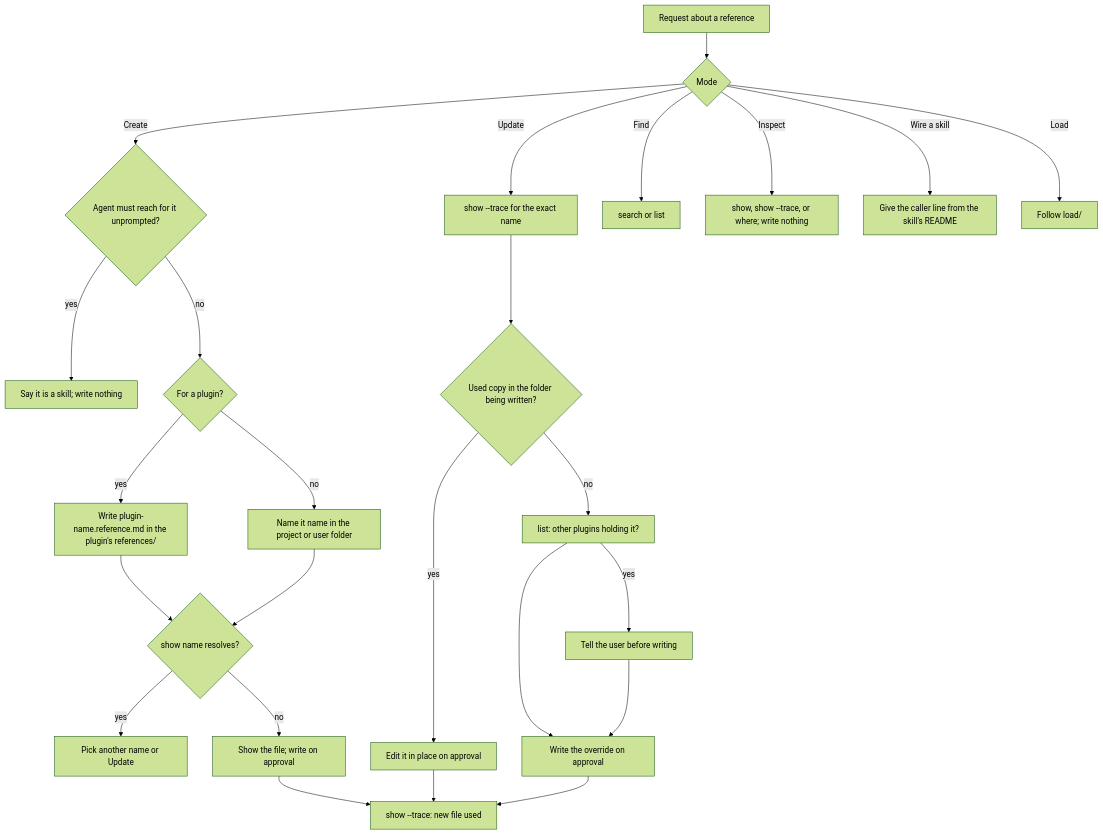
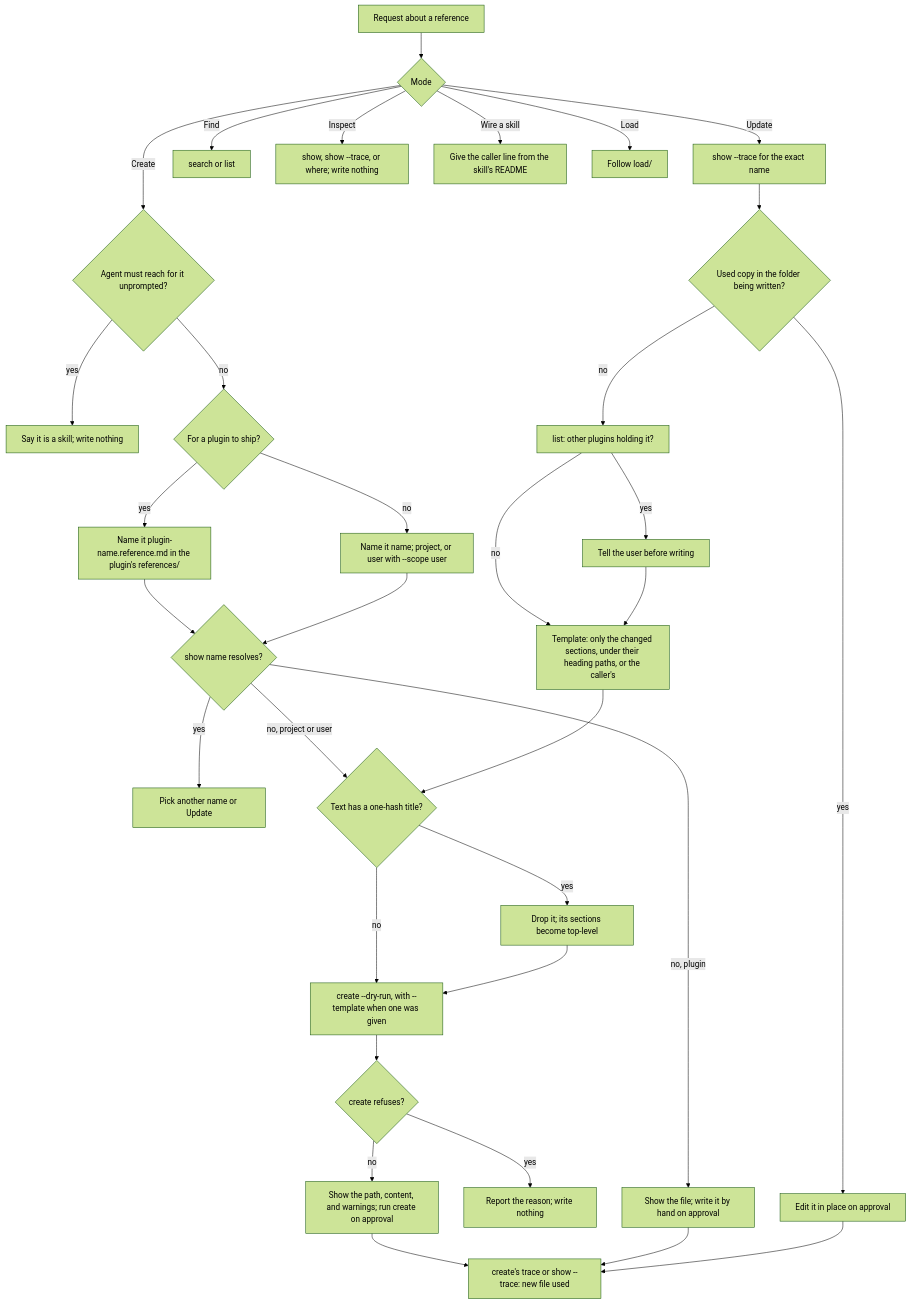
Before and after one commit to repobuddy/buddy-agent-harness: the diagram in packages/buddy-agent-harness/.agents/spec/skills/reference/README.md, drawn with Mermaid (forest theme). The commit also changed other lines of this file and 4 other files, not shown here.

First line of the commit message:
feat(reference): write project and user references through `create` in the skill

````diff
--- a/packages/buddy-agent-harness/.agents/spec/skills/reference/README.md
+++ b/packages/buddy-agent-harness/.agents/spec/skills/reference/README.md
@@ -92,27 +137,35 @@
 ```mermaid
 flowchart TD
   A[Request about a reference] --> B{Mode}
   B -->|Create| C{Agent must reach for it unprompted?}
   C -->|yes| C1[Say it is a skill; write nothing]
-  C -->|no| D{For a plugin?}
-  D -->|yes| E[Write plugin-name.reference.md in the plugin's references/]
-  D -->|no| F[Name it name in the project or user folder]
+  C -->|no| D{For a plugin to ship?}
+  D -->|yes| E[Name it plugin-name.reference.md in the plugin's references/]
+  D -->|no| F[Name it name; project, or user with --scope user]
   E --> G{show name resolves?}
   F --> G
   G -->|yes| G1[Pick another name or Update]
-  G -->|no| H[Show the file; write on approval]
-  H --> I[show --trace: new file used]
+  G -->|no, plugin| H[Show the file; write it by hand on approval]
+  G -->|no, project or user| T{Text has a one-hash title?}
+  T -->|yes| T1[Drop it; its sections become top-level]
+  T -->|no| R
+  T1 --> R[create --dry-run, with --template when one was given]
+  R --> R1{create refuses?}
+  R1 -->|yes| R2[Report the reason; write nothing]
+  R1 -->|no| S[Show the path, content, and warnings; run create on approval]
+  S --> I[create's trace or show --trace: new file used]
+  H --> I
   B -->|Update| J[show --trace for the exact name]
   J --> J1{Used copy in the folder being written?}
   J1 -->|yes| J2[Edit it in place on approval]
   J2 --> I
   J1 -->|no| K[list: other plugins holding it?]
   K -->|yes| K1[Tell the user before writing]
-  K --> L[Write the override on approval]
+  K -->|no| L[Template: only the changed sections, under their heading paths, or the caller's]
   K1 --> L
-  L --> I
+  L --> T
   B -->|Find| M[search or list]
   B -->|Inspect| N[show, show --trace, or where; write nothing]
   B -->|Wire a skill| O[Give the caller line from the skill's README]
   B -->|Load| P[Follow load/]
 ```
````
